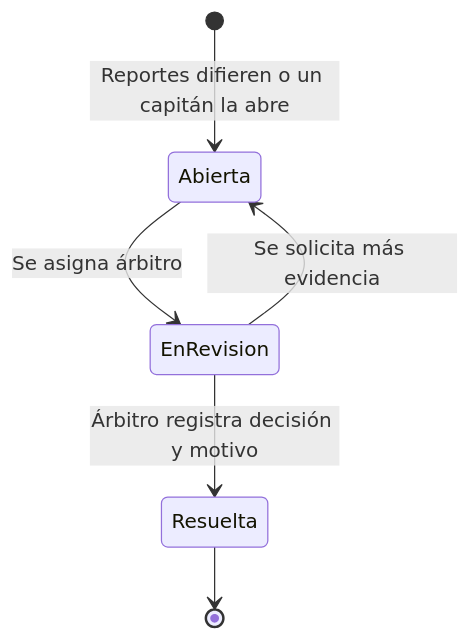
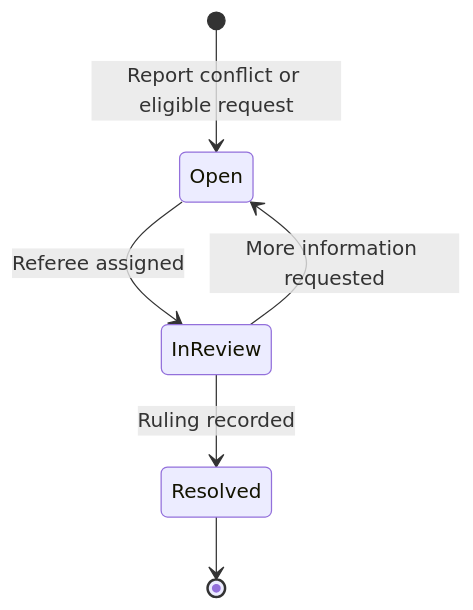
One commit to Dieguezar/opentournament changed the seventh of 8 diagrams in docs/USER_FLOWS.md. Above: the diagram before and after it, drawn with Mermaid. The commit also changed other lines of this file and 10 other files, not shown here.

````diff
--- a/docs/USER_FLOWS.md
+++ b/docs/USER_FLOWS.md
@@ -144,8 +102,8 @@
 ```mermaid
 stateDiagram-v2
-  [*] --> Abierta: Reportes difieren o un capitán la abre
-  Abierta --> EnRevision: Se asigna árbitro
-  EnRevision --> Abierta: Se solicita más evidencia
-  EnRevision --> Resuelta: Árbitro registra decisión y motivo
-  Resuelta --> [*]
+  [*] --> Open: Report conflict or eligible request
+  Open --> InReview: Referee assigned
+  InReview --> Open: More information requested
+  InReview --> Resolved: Ruling recorded
+  Resolved --> [*]
 ```
````
